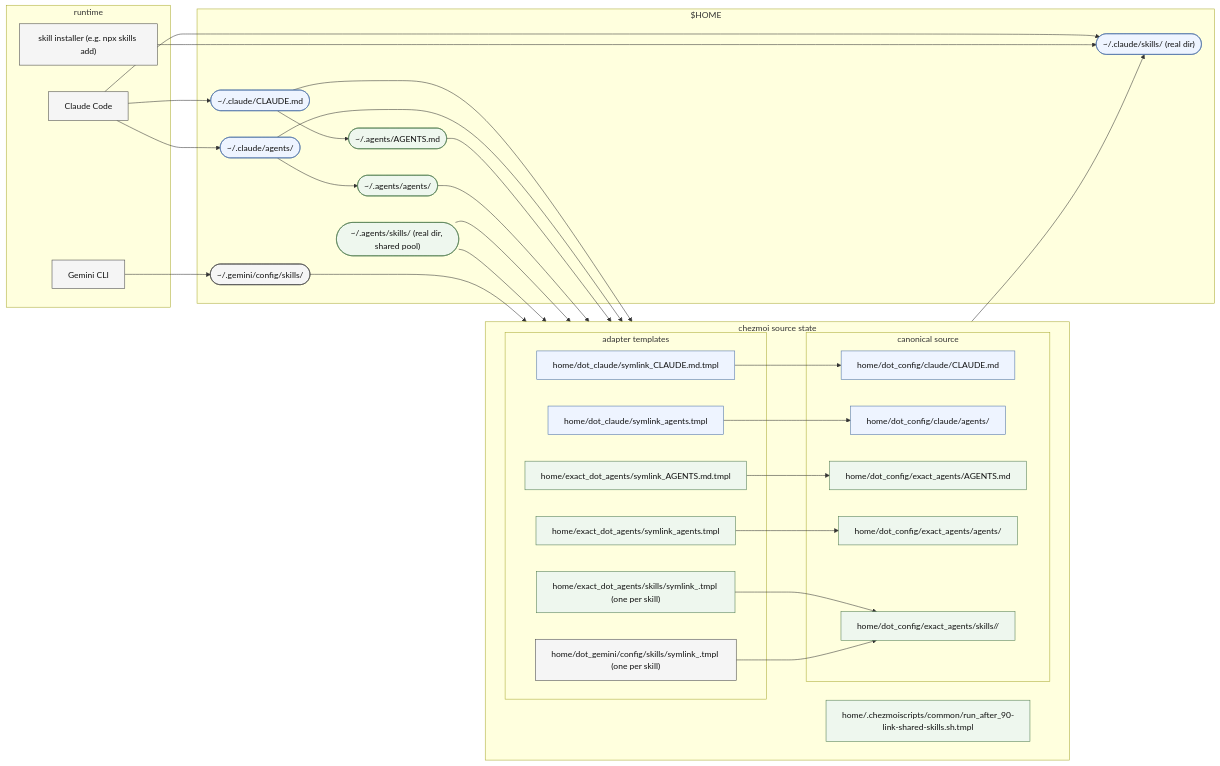
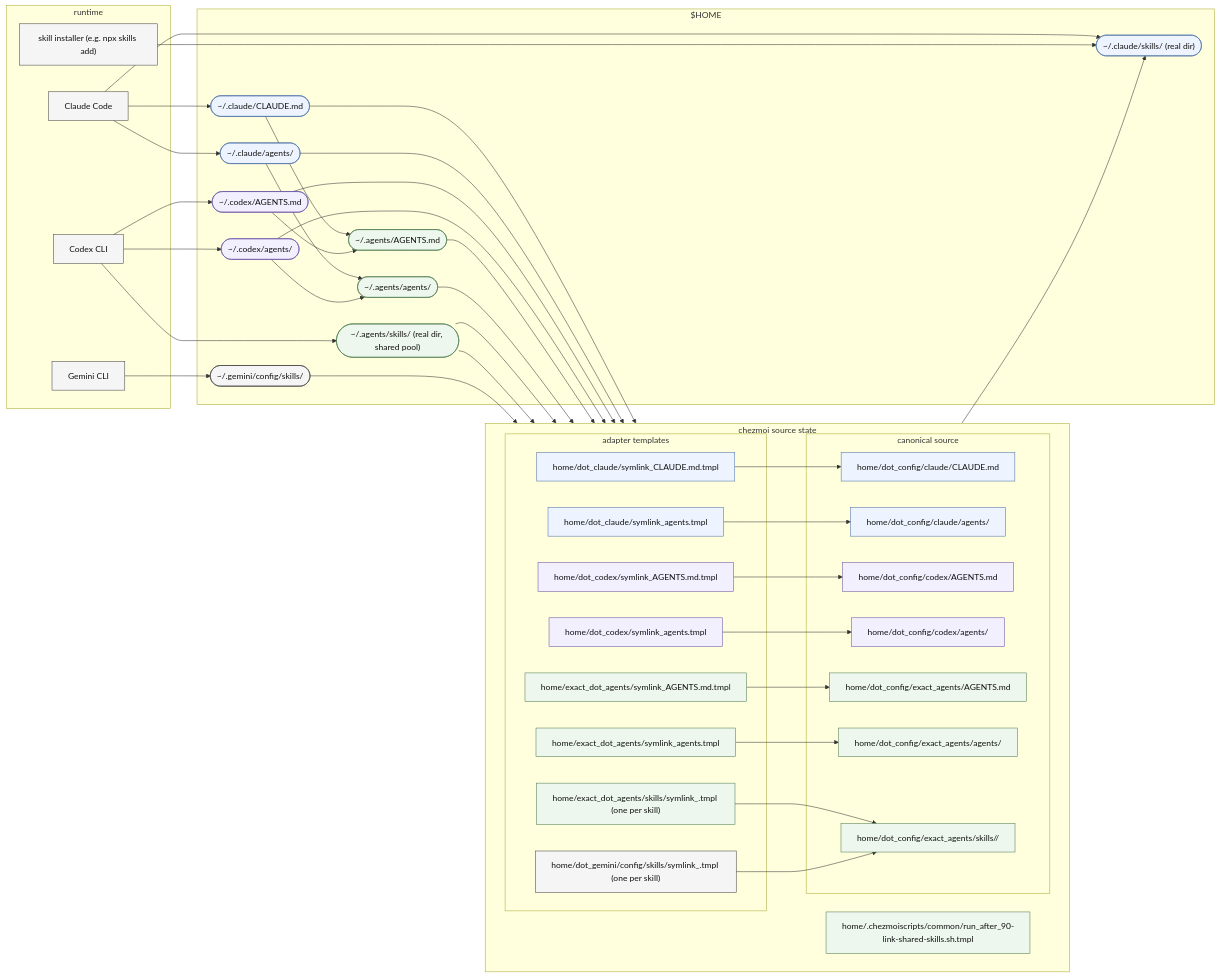
Before and after one commit to shunk031/dotfiles: the diagram in home/dot_config/exact_agents/README.md, drawn with Mermaid. The commit also changed other lines of this file and 15 other files, not shown here.

Commit message:
feat(codex): restore codex cli integration

````diff
--- a/home/dot_config/exact_agents/README.md
+++ b/home/dot_config/exact_agents/README.md
@@ -22,6 +22,7 @@
 flowchart LR
   subgraph RUNTIME["runtime"]
     U_CLAUDE["Claude Code"]
+    U_CODEX["Codex CLI"]
     U_INSTALLER["skill installer (e.g. npx skills add)"]
     U_GEMINI["Gemini CLI"]
   end
@@ -30,6 +31,9 @@
     H_CLAUDE(["~/.claude/CLAUDE.md"])
     H_CLAUDE_AGENTS(["~/.claude/agents/"])
     H_CLAUDE_SKILLS(["~/.claude/skills/ (real dir)"])
+
+    H_CODEX(["~/.codex/AGENTS.md"])
+    H_CODEX_AGENTS(["~/.codex/agents/"])
 
     H_SHARED(["~/.agents/AGENTS.md"])
     H_SHARED_AGENTS(["~/.agents/agents/"])
@@ -45,6 +49,9 @@
       A_CLAUDE["home/dot_claude/symlink_CLAUDE.md.tmpl"]
       A_CLAUDE_AGENTS["home/dot_claude/symlink_agents.tmpl"]
 
+      A_CODEX["home/dot_codex/symlink_AGENTS.md.tmpl"]
+      A_CODEX_AGENTS["home/dot_codex/symlink_agents.tmpl"]
+
       A_SHARED["home/exact_dot_agents/symlink_AGENTS.md.tmpl"]
       A_SHARED_AGENTS["home/exact_dot_agents/symlink_agents.tmpl"]
       A_SHARED_SKILL["home/exact_dot_agents/skills/symlink_<name>.tmpl (one per skill)"]
@@ -55,6 +62,9 @@
     subgraph CANONICAL["canonical source"]
       S_CLAUDE["home/dot_config/claude/CLAUDE.md"]
       S_CLAUDE_AGENTS["home/dot_config/claude/agents/"]
+
+      S_CODEX["home/dot_config/codex/AGENTS.md"]
+      S_CODEX_AGENTS["home/dot_config/codex/agents/"]
 
       S_SHARED["home/dot_config/exact_agents/AGENTS.md"]
       S_SHARED_AGENTS["home/dot_config/exact_agents/agents/"]
@@ -67,13 +77,21 @@
   U_CLAUDE --> H_CLAUDE
   U_CLAUDE --> H_CLAUDE_AGENTS
   U_CLAUDE --> H_CLAUDE_SKILLS
+  U_CODEX --> H_CODEX
+  U_CODEX --> H_CODEX_AGENTS
+  U_CODEX --> H_SHARED_SKILLS
   U_INSTALLER --> H_CLAUDE_SKILLS
   U_GEMINI --> H_GEMINI_SKILLS
   H_CLAUDE --> H_SHARED
   H_CLAUDE_AGENTS --> H_SHARED_AGENTS
+  H_CODEX --> H_SHARED
+  H_CODEX_AGENTS --> H_SHARED_AGENTS
 
   H_CLAUDE --> A_CLAUDE --> S_CLAUDE
   H_CLAUDE_AGENTS --> A_CLAUDE_AGENTS --> S_CLAUDE_AGENTS
+
+  H_CODEX --> A_CODEX --> S_CODEX
+  H_CODEX_AGENTS --> A_CODEX_AGENTS --> S_CODEX_AGENTS
 
   H_SHARED --> A_SHARED --> S_SHARED
   H_SHARED_AGENTS --> A_SHARED_AGENTS --> S_SHARED_AGENTS
@@ -85,9 +103,11 @@
   classDef runtime fill:#f5f5f5,stroke:#444,color:#111;
   classDef agents fill:#eef7ee,stroke:#4f7a4f,color:#111;
   classDef claude fill:#eef4ff,stroke:#4a6fa5,color:#111;
+  classDef codex fill:#f2f0ff,stroke:#6750a4,color:#111;
 
-  class U_CLAUDE,U_INSTALLER,U_GEMINI runtime;
+  class U_CLAUDE,U_CODEX,U_INSTALLER,U_GEMINI runtime;
   class H_SHARED,H_SHARED_AGENTS,H_SHARED_SKILLS,A_SHARED,A_SHARED_AGENTS,A_SHARED_SKILL,S_SHARED,S_SHARED_AGENTS,S_SHARED_SKILLS,RUNAFTER agents;
   class H_CLAUDE,H_CLAUDE_AGENTS,H_CLAUDE_SKILLS,A_CLAUDE,A_CLAUDE_AGENTS,S_CLAUDE,S_CLAUDE_AGENTS claude;
+  class H_CODEX,H_CODEX_AGENTS,A_CODEX,A_CODEX_AGENTS,S_CODEX,S_CODEX_AGENTS codex;
   class H_GEMINI_SKILLS,A_GEMINI_SKILLS runtime;
 ```
````
